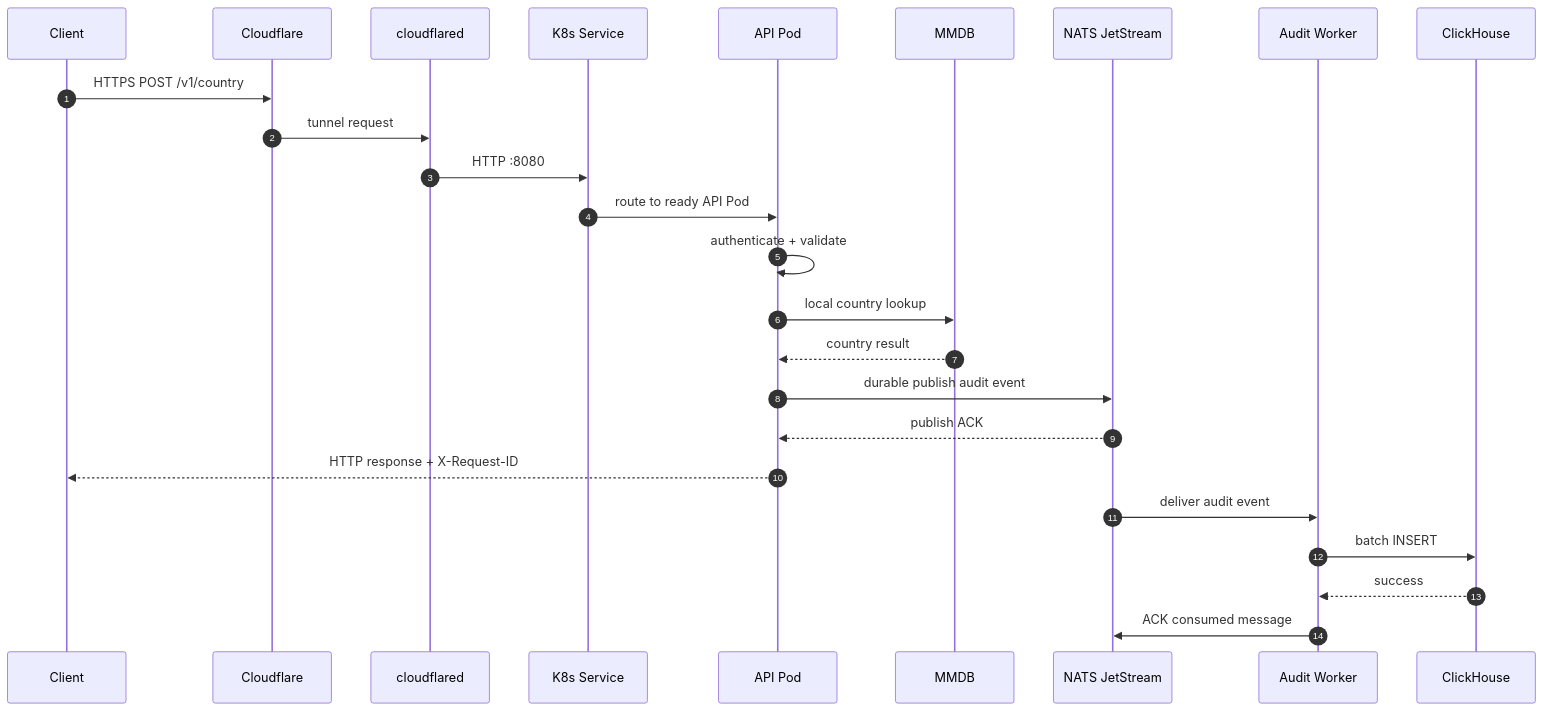
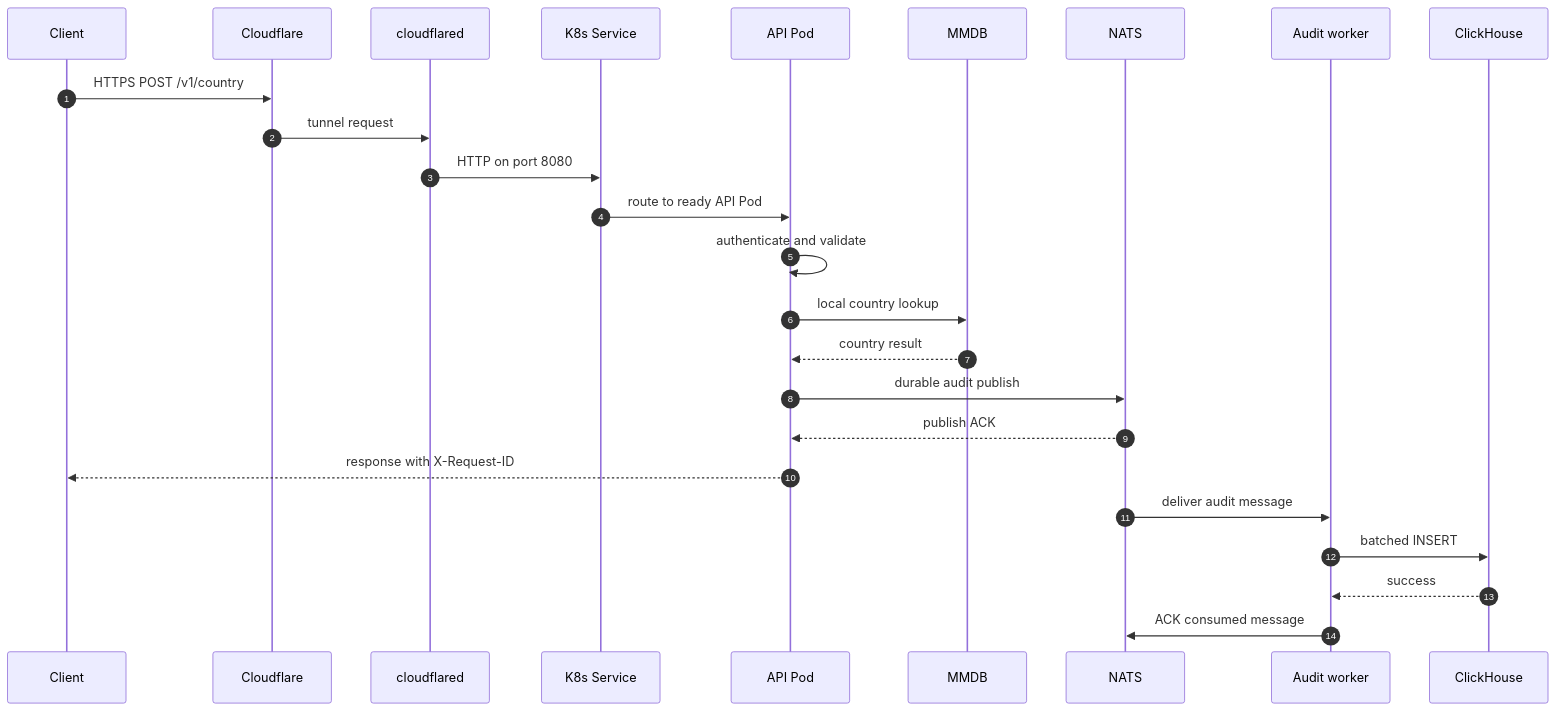
Before and after one commit to Jstarzz/geotagger: the fifth of 9 diagrams in docs/PROJECT_OVERVIEW.md, drawn with Mermaid. The commit also changed other lines of this file, not shown here.

Commit message:
docs: tighten project overview and sanitize diagrams

````diff
--- a/docs/PROJECT_OVERVIEW.md
+++ b/docs/PROJECT_OVERVIEW.md
@@ -498,28 +341,27 @@
 ```mermaid
 sequenceDiagram
     autonumber
     participant C as Client
     participant CF as Cloudflare
     participant T as cloudflared
     participant S as K8s Service
     participant A as API Pod
     participant M as MMDB
-    participant N as NATS JetStream
-    participant W as Audit Worker
+    participant N as NATS
+    participant W as Audit worker
     participant H as ClickHouse
-
     C->>CF: HTTPS POST /v1/country
     CF->>T: tunnel request
-    T->>S: HTTP :8080
+    T->>S: HTTP on port 8080
     S->>A: route to ready API Pod
-    A->>A: authenticate + validate
+    A->>A: authenticate and validate
     A->>M: local country lookup
     M-->>A: country result
-    A->>N: durable publish audit event
+    A->>N: durable audit publish
     N-->>A: publish ACK
-    A-->>C: HTTP response + X-Request-ID
-    N->>W: deliver audit event
-    W->>H: batch INSERT
+    A-->>C: response with X-Request-ID
+    N->>W: deliver audit message
+    W->>H: batched INSERT
     H-->>W: success
     W->>N: ACK consumed message
 ```
````
